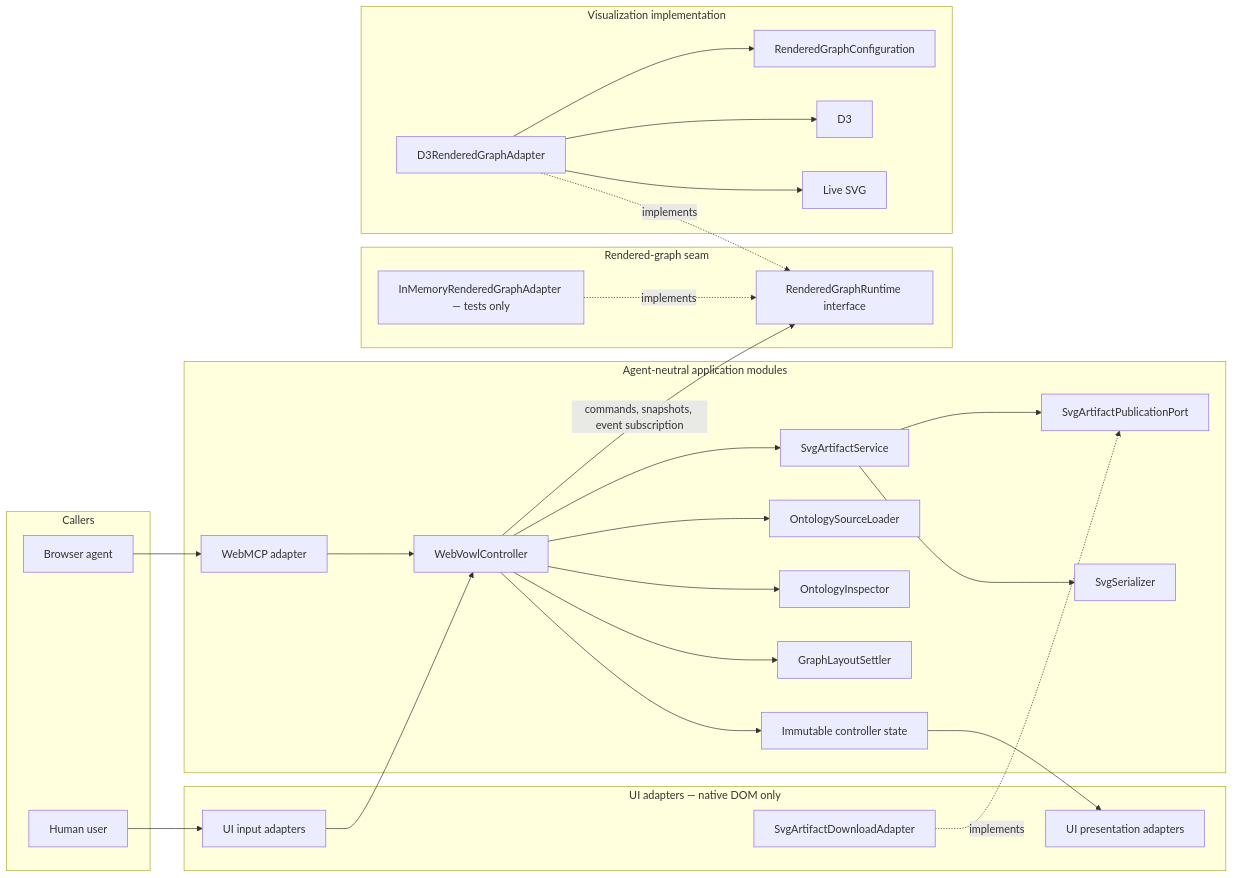
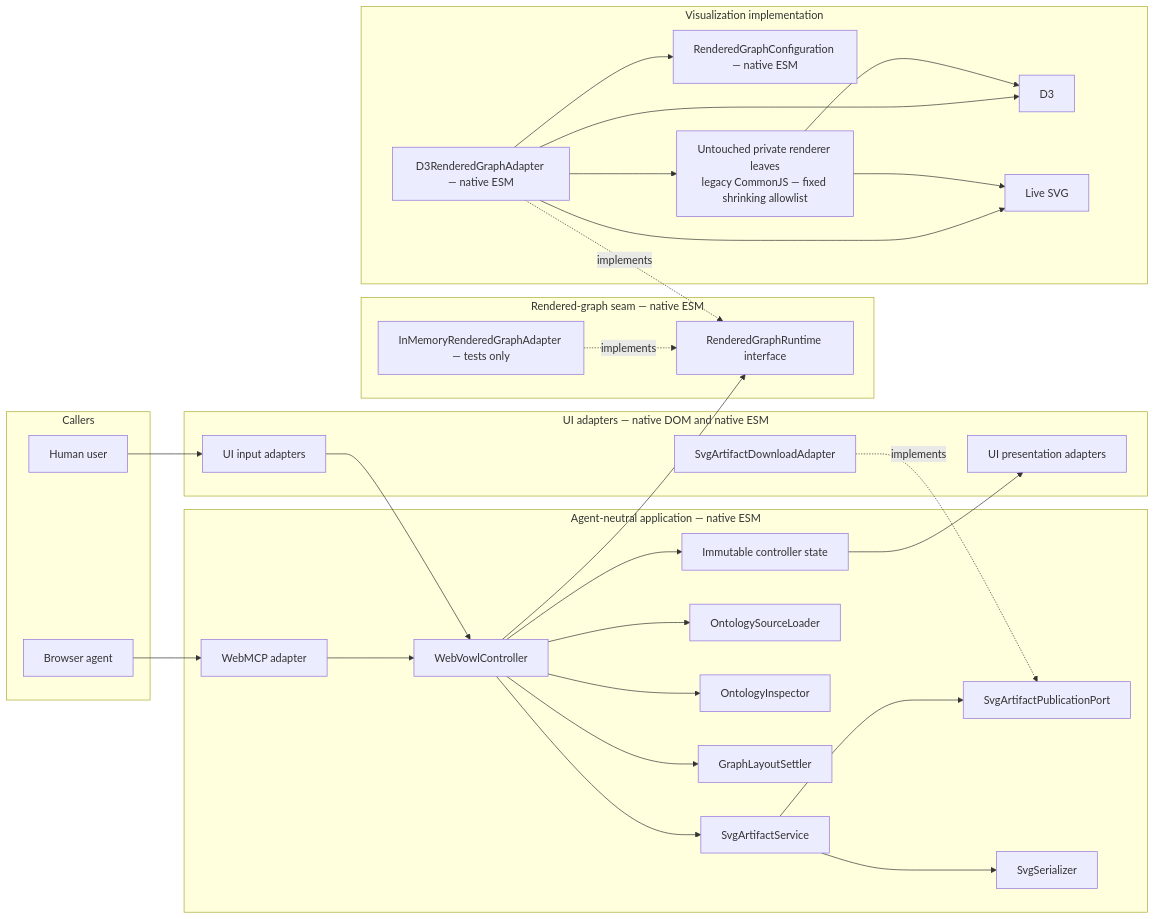
The diagram in docs/designs/2026-08-29-webmcp-integration.md (Hadden-Industries/webvowl), drawn with Mermaid before and after one commit. The commit also changed other lines of this file and 1 other file, not shown here.

````diff
--- a/docs/designs/2026-08-29-webmcp-integration.md
+++ b/docs/designs/2026-08-29-webmcp-integration.md
@@ -243,57 +286,61 @@
 ```mermaid
 flowchart LR
     subgraph Callers[Callers]
         Human[Human user]
         Agent[Browser agent]
     end
 
-    subgraph UiAdapters[UI adapters — native DOM only]
+    subgraph UiAdapters[UI adapters — native DOM and native ESM]
         UiInput[UI input adapters]
         UiPresentation[UI presentation adapters]
         SvgDownload[SvgArtifactDownloadAdapter]
     end
 
-    subgraph Application[Agent-neutral application modules]
+    subgraph Application[Agent-neutral application — native ESM]
         WebMcp[WebMCP adapter]
         Controller[WebVowlController]
         ControllerState[Immutable controller state]
         SourceLoader[OntologySourceLoader]
         Inspector[OntologyInspector]
         LayoutSettler[GraphLayoutSettler]
         ArtifactService[SvgArtifactService]
         ArtifactPublication[SvgArtifactPublicationPort]
         SvgSerializer[SvgSerializer]
     end
 
-    subgraph RuntimeSeam[Rendered-graph seam]
+    subgraph RuntimeSeam[Rendered-graph seam — native ESM]
         Runtime[RenderedGraphRuntime interface]
         InMemoryAdapter[InMemoryRenderedGraphAdapter — tests only]
     end
 
     subgraph Visualization[Visualization implementation]
-        D3Adapter[D3RenderedGraphAdapter]
-        GraphConfiguration[RenderedGraphConfiguration]
+        D3Adapter[D3RenderedGraphAdapter — native ESM]
+        GraphConfiguration[RenderedGraphConfiguration — native ESM]
+        LegacyCjs[Untouched private renderer leaves<br/>legacy CommonJS — fixed shrinking allowlist]
         D3[D3]
         LiveSvg[Live SVG]
     end
 
     Human --> UiInput
     Agent --> WebMcp
     UiInput --> Controller
     WebMcp --> Controller
     Controller --> SourceLoader
     Controller --> Inspector
     Controller --> LayoutSettler
     Controller --> ArtifactService
     ArtifactService --> SvgSerializer
     ArtifactService --> ArtifactPublication
-    Controller -->|commands, snapshots, event subscription| Runtime
+    Controller --> Runtime
     Controller --> ControllerState
     ControllerState --> UiPresentation
     D3Adapter -.->|implements| Runtime
     InMemoryAdapter -.->|implements| Runtime
     SvgDownload -.->|implements| ArtifactPublication
     D3Adapter --> GraphConfiguration
+    D3Adapter --> LegacyCjs
     D3Adapter --> D3
     D3Adapter --> LiveSvg
+    LegacyCjs --> D3
+    LegacyCjs --> LiveSvg
 ```
````
